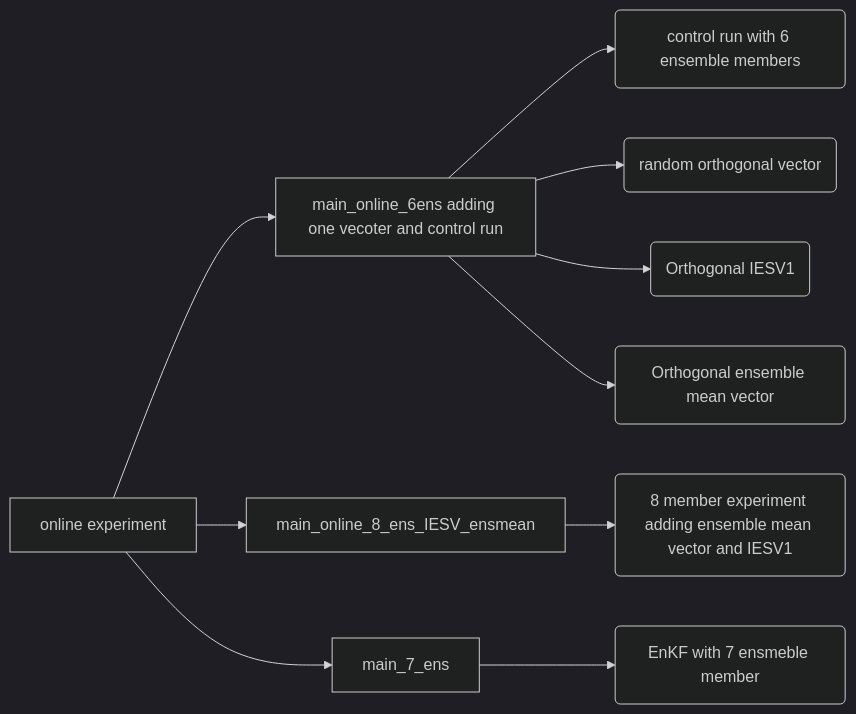
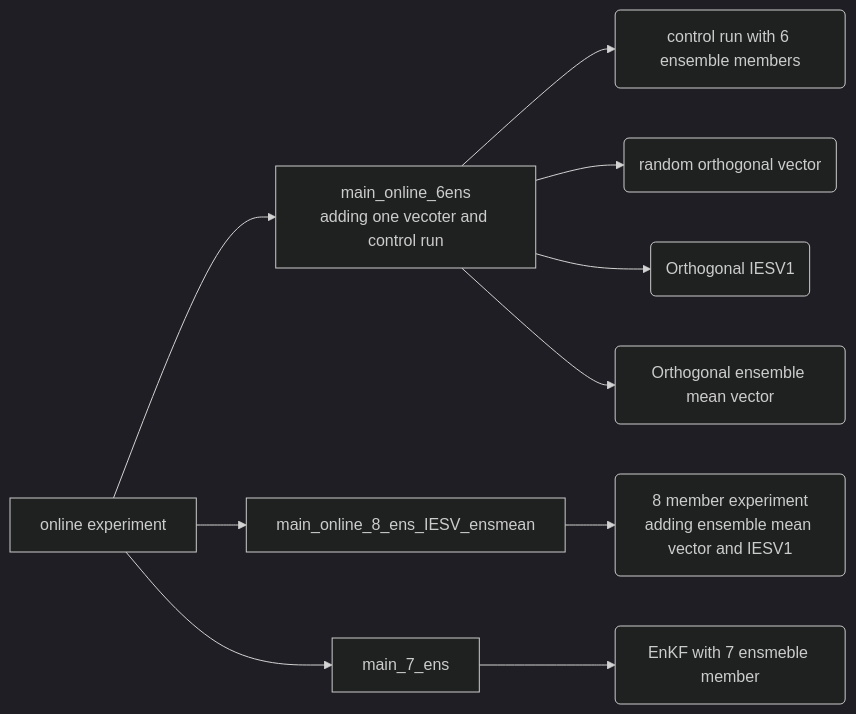
One commit to yungyun0721/orthogonal_vector_code changed the second of 3 diagrams in readme.md. Above: the diagram before and after it, drawn with Mermaid (dark theme). The commit also changed other lines of this file, not shown here.

````diff
--- a/readme.md
+++ b/readme.md
@@ -36,16 +36,16 @@
 ```mermaid
 graph LR;
 st[online experiment]-->a1
-a1[main_online_6ens adding one vecoter and control run]
+a1[main_online_6ens<br>adding one vecoter and control run]
 a1-->b1(control run with 6 ensemble members)
 a1-->b2(random orthogonal vector)
 a1-->b3(Orthogonal IESV1)
 a1-->b4(Orthogonal ensemble mean vector)
 st[online experiment]-->a2
 a2[main_online_8_ens_IESV_ensmean]
-a2-->b5(8 member experiment adding ensemble mean vector and IESV1)
+a2-->b5(8 member experiment<br>adding ensemble mean vector and IESV1)
 st[online experiment]-->a3
 a3[main_7_ens]
 a3-->b6(EnKF with 7 ensmeble member)
 
 ```
````
